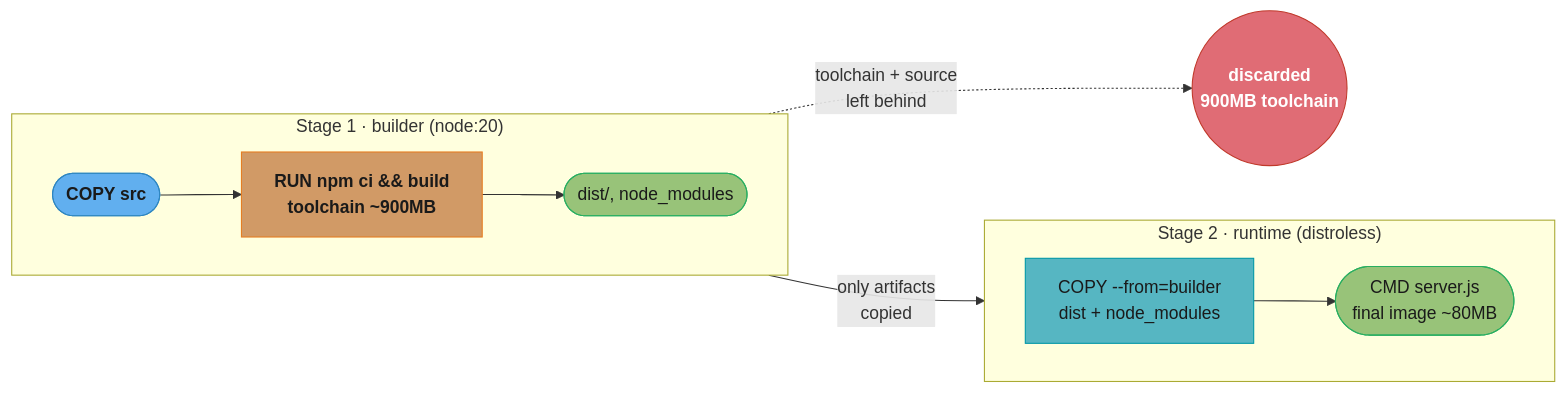
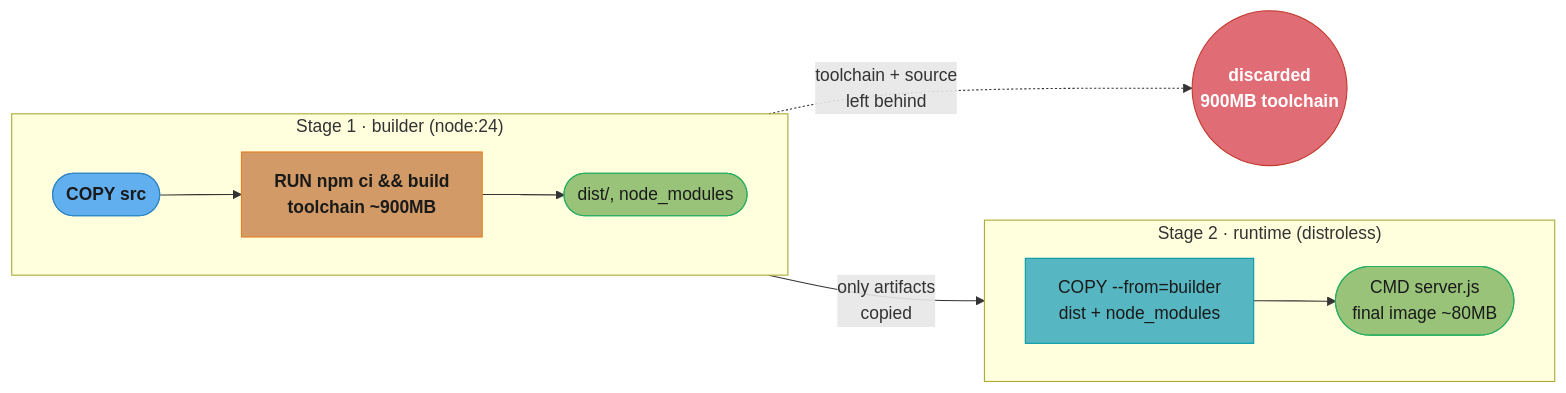
The third of 4 diagrams in src/main/java/com/rutik/systemdesign/devops/containers_and_docker/containers_and_docker.md (rppol/system-design), drawn with Mermaid before and after one commit. The commit also changed other lines of this file and 32 other files, not shown here.

````diff
--- a/src/main/java/com/rutik/systemdesign/devops/containers_and_docker/containers_and_docker.md
+++ b/src/main/java/com/rutik/systemdesign/devops/containers_and_docker/containers_and_docker.md
@@ -105,31 +105,31 @@
 ```mermaid
 flowchart LR
     classDef io      fill:#61afef,stroke:#2e86c1,color:#1a1a1a,font-weight:bold
     classDef frozen  fill:#c678dd,stroke:#9b59b6,color:#fff
     classDef train   fill:#98c379,stroke:#27ae60,color:#1a1a1a
     classDef mathOp  fill:#d19a66,stroke:#e67e22,color:#1a1a1a,font-weight:bold
     classDef lossN   fill:#e06c75,stroke:#c0392b,color:#fff,font-weight:bold
     classDef req     fill:#56b6c2,stroke:#0097a7,color:#1a1a1a
     classDef base    fill:#e5c07b,stroke:#f39c12,color:#1a1a1a
 
-    subgraph builder["Stage 1 · builder (node:20)"]
+    subgraph builder["Stage 1 · builder (node:24)"]
         direction LR
         src(["COPY src"]) --> build["RUN npm ci && build<br/>toolchain ~900MB"]
         build --> artifacts(["dist/, node_modules"])
     end
 
     subgraph runtime["Stage 2 · runtime (distroless)"]
         direction LR
         copyart["COPY --from=builder<br/>dist + node_modules"] --> cmd(["CMD server.js<br/>final image ~80MB"])
     end
 
     artifacts -->|"only artifacts<br/>copied"| copyart
     build -.->|"toolchain + source<br/>left behind"| trash(("discarded<br/>900MB toolchain"))
 
     class src io
     class build mathOp
     class artifacts train
     class copyart req
     class cmd train
     class trash lossN
 ```
````
